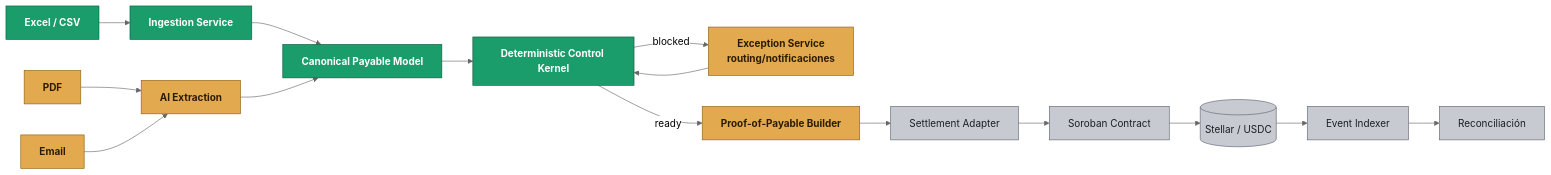
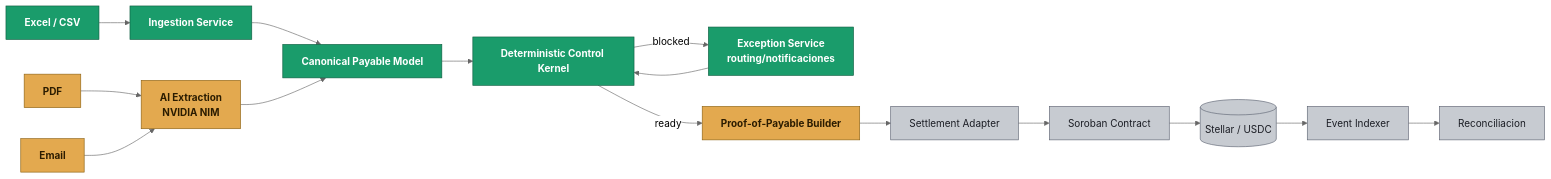
Before and after one commit to devmondoss/pakta: the sixth of 8 diagrams in docs/implementation/Pakta_Arquitectura_Flujo.md, drawn with Mermaid (neutral theme). The commit also changed other lines of this file and 98 other files, not shown here.

````diff
--- a/docs/implementation/Pakta_Arquitectura_Flujo.md
+++ b/docs/implementation/Pakta_Arquitectura_Flujo.md
@@ -287,25 +367,25 @@
 ```mermaid
 flowchart LR
     A1["Excel / CSV"] --> B["Ingestion Service"]
-    A2["PDF"] --> C["AI Extraction"]
+    A2["PDF"] --> C["AI Extraction<br/>NVIDIA NIM"]
     A3["Email"] --> C
     B --> D["Canonical Payable Model"]
     C --> D
     D --> E["Deterministic Control Kernel"]
     E -->|blocked| F["Exception Service<br/>routing/notificaciones"]
     F --> E
     E -->|ready| G["Proof-of-Payable Builder"]
     G --> H["Settlement Adapter"]
     H --> I["Soroban Contract"]
     I --> J[("Stellar / USDC")]
     J --> K["Event Indexer"]
-    K --> L["Reconciliación"]
+    K --> L["Reconciliacion"]
 
     classDef built fill:#1a9c6b,stroke:#0d5c3f,color:#ffffff,font-weight:bold
     classDef nextup fill:#e3a94f,stroke:#8a5f10,color:#2b1c00,font-weight:bold
     classDef planned fill:#c7cbd1,stroke:#5c6270,color:#1b1d24
 
-    class A1,B,D,E built
-    class A2,A3,C,F,G nextup
+    class A1,B,D,E,F built
+    class A2,A3,C,G nextup
     class H,I,J,K,L planned
 ```
````
